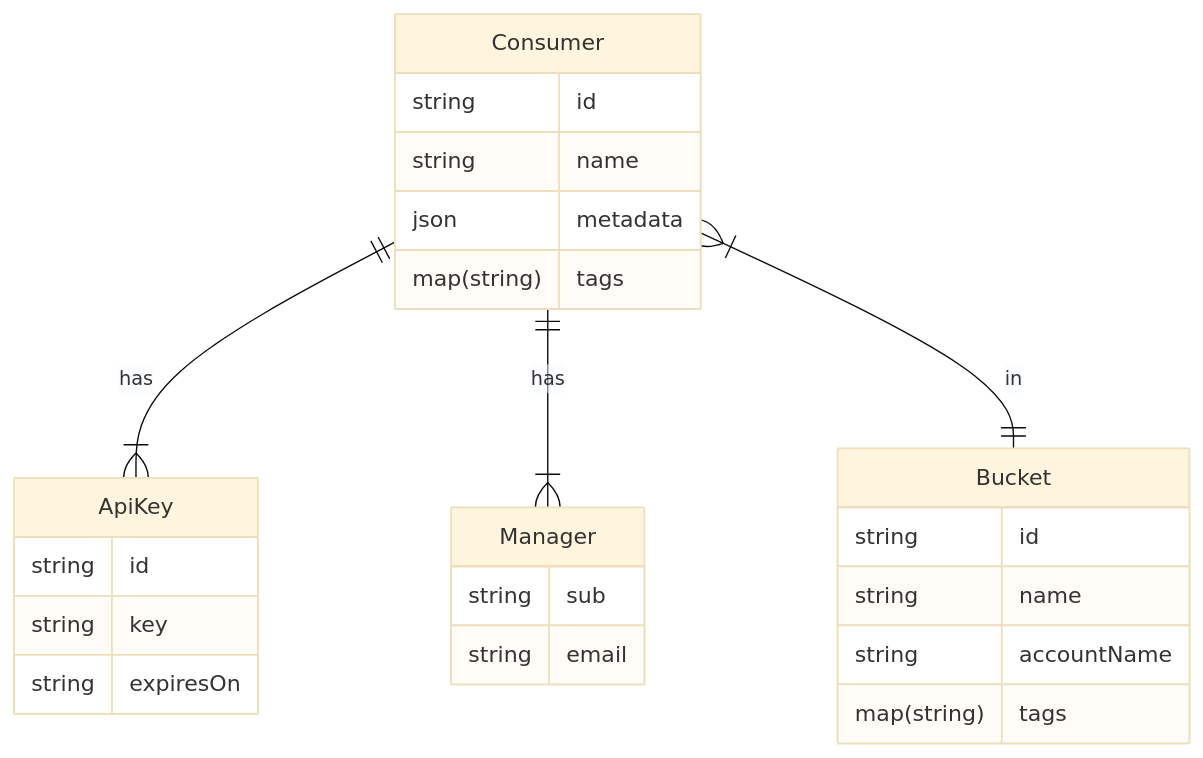
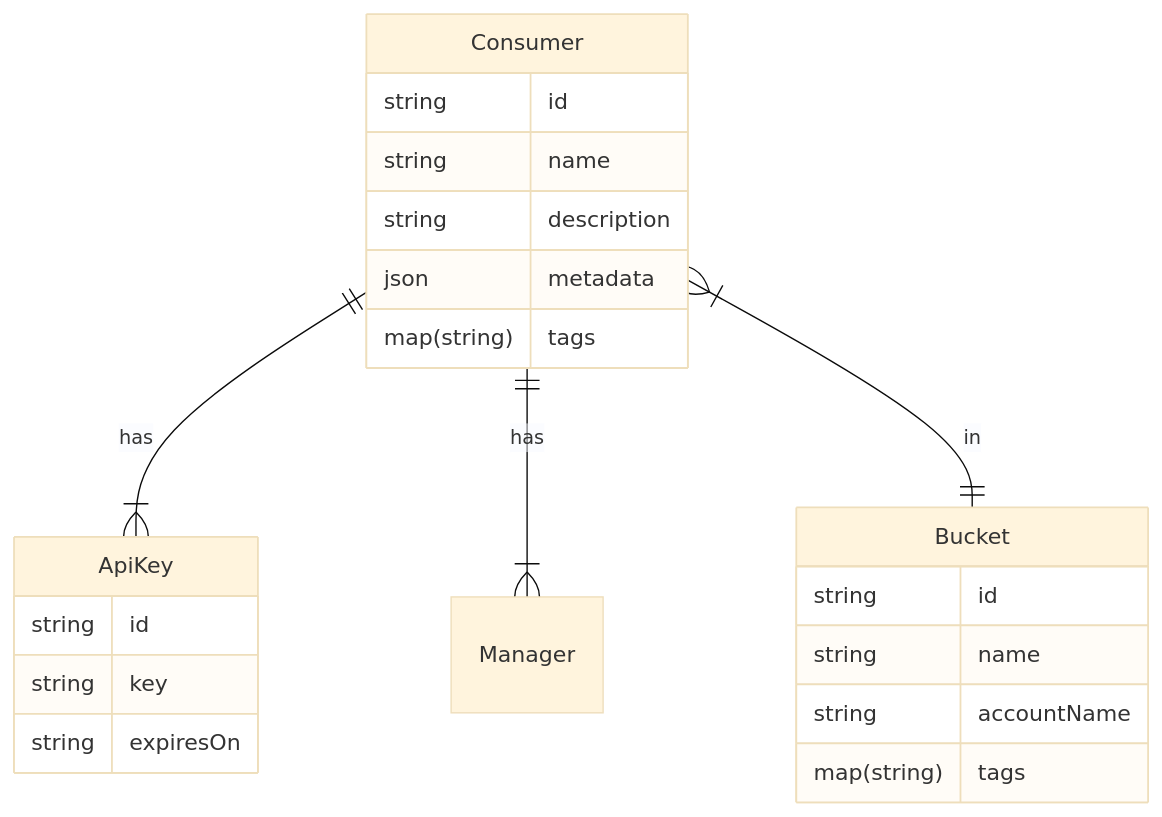
Before and after one commit to zuplo/docs: the diagram in docs/articles/api-key-api.md, drawn with Mermaid (base theme). The commit also changed other lines of this file, not shown here.

````diff
--- a/docs/articles/api-key-api.md
+++ b/docs/articles/api-key-api.md
@@ -34,28 +34,25 @@
 ```mermaid
 erDiagram
     Consumer ||--|{ ApiKey : has
     Consumer ||--|{ Manager : has
     Consumer }|--|| Bucket   : in
 
     Bucket {
         string id
         string name
         string accountName
         map(string) tags
     }
     Consumer {
         string id
         string name
+        string description
         json metadata
         map(string) tags
     }
     ApiKey {
         string id
         string key
         string expiresOn
     }
-    Manager {
-        string sub
-        string email
-    }
 ```
````
